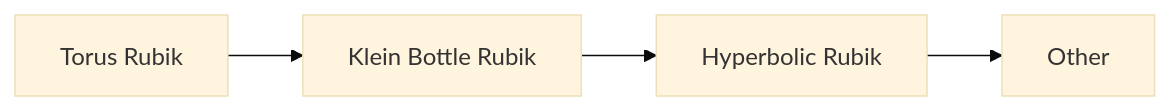
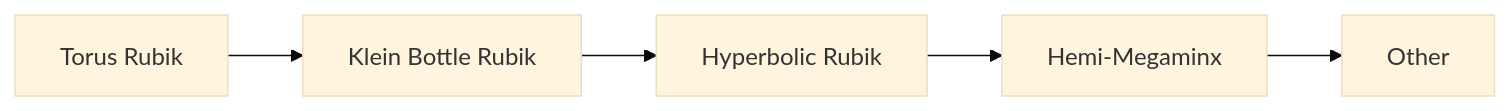
Before and after one commit to Hypercubers/hypercubing.xyz: the third of 4 diagrams in docs/progression.md, drawn with Mermaid (base theme).

Commit message:
Add hemimegaminx to progression

````diff
--- a/docs/progression.md
+++ b/docs/progression.md
@@ -63,8 +63,9 @@
 ```mermaid
 flowchart LR
     A[Torus Rubik]
     B[Klein Bottle Rubik]
     C[Hyperbolic Rubik]
+    E[Hemi-Megaminx]
     D[Other]
-    A --> B --> C --> D
+    A --> B --> C --> E --> D
 ```
````
